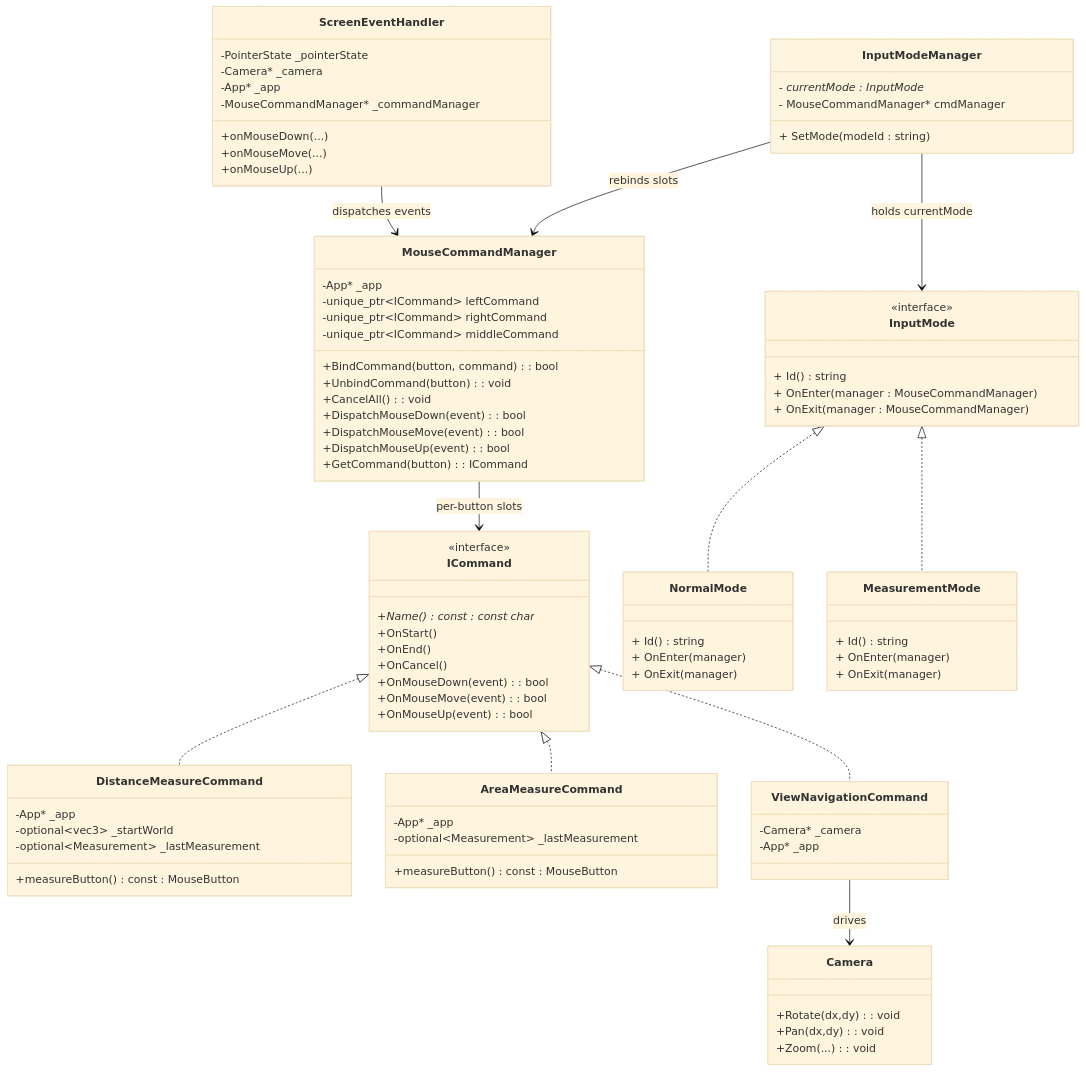
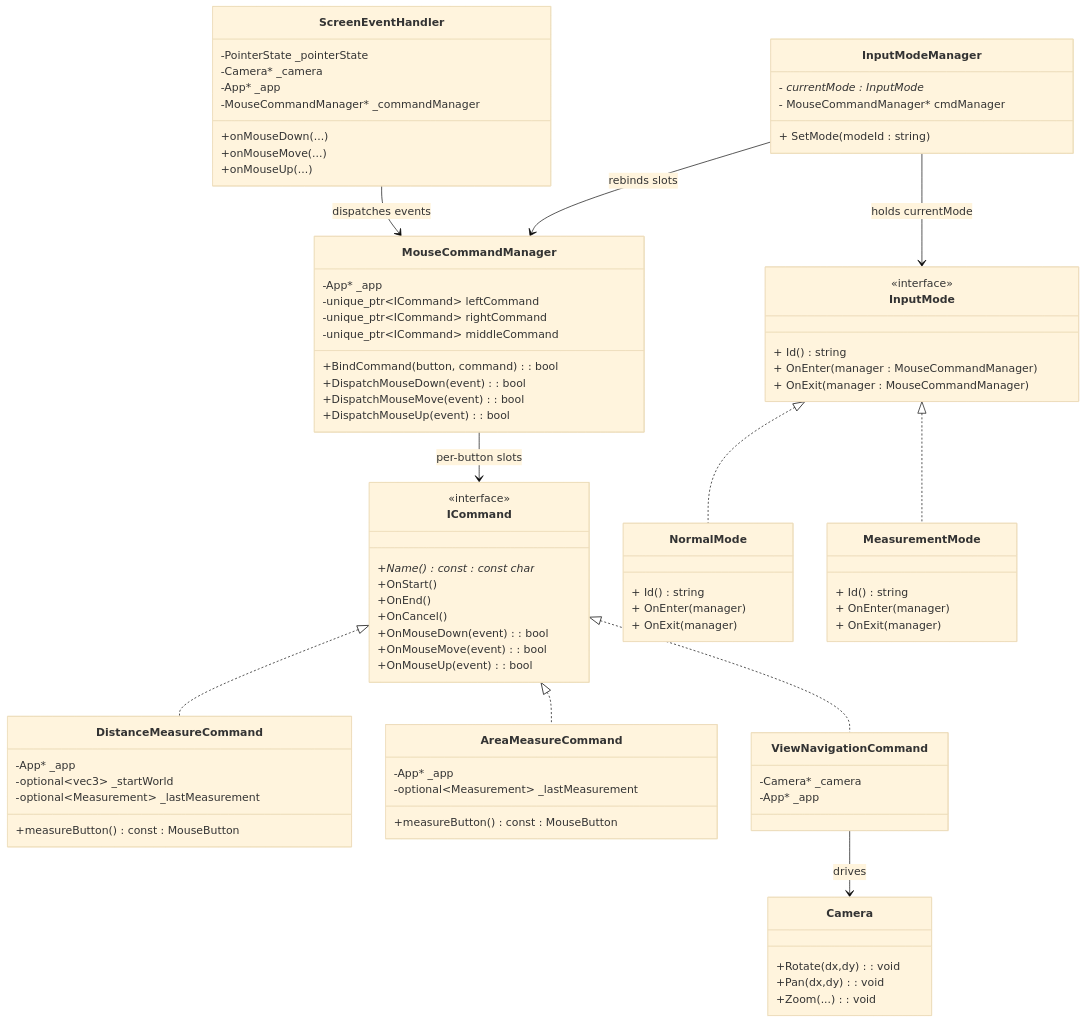
Before and after one commit to vfa-khaidt1/vfa-cdn: the second of 4 diagrams in GraphV3.md, drawn with Mermaid (base theme).

Commit message:
Remove Unused Methods from ICommand
Removed unused methods from ICommand interface

```diff
--- a/GraphV3.md
+++ b/GraphV3.md
@@ -62,12 +62,9 @@
         -unique_ptr~ICommand~ rightCommand
         -unique_ptr~ICommand~ middleCommand
         +BindCommand(button, command): bool
-        +UnbindCommand(button): void
-        +CancelAll(): void
         +DispatchMouseDown(event): bool
         +DispatchMouseMove(event): bool
         +DispatchMouseUp(event): bool
-        +GetCommand(button): ICommand
     }
 
     class DistanceMeasureCommand {
```
